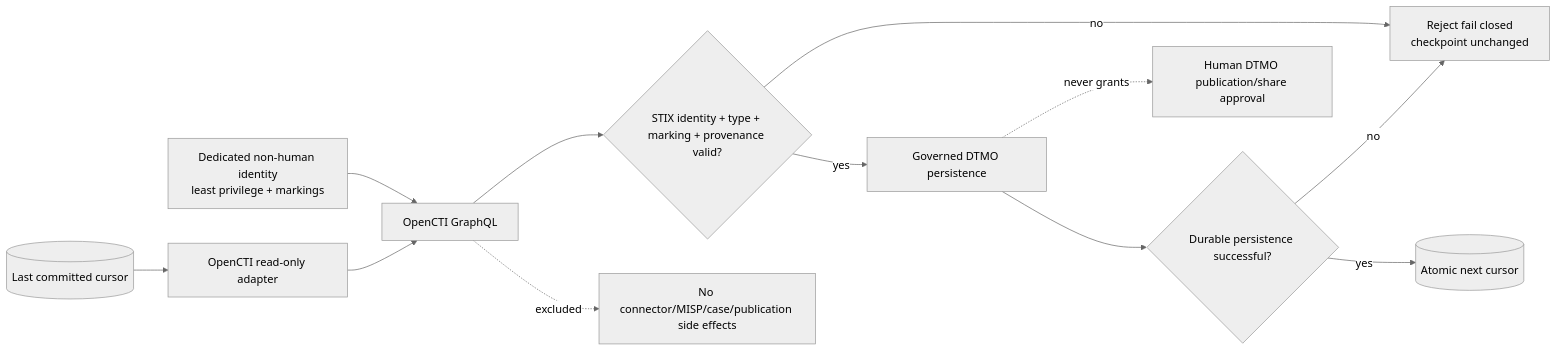
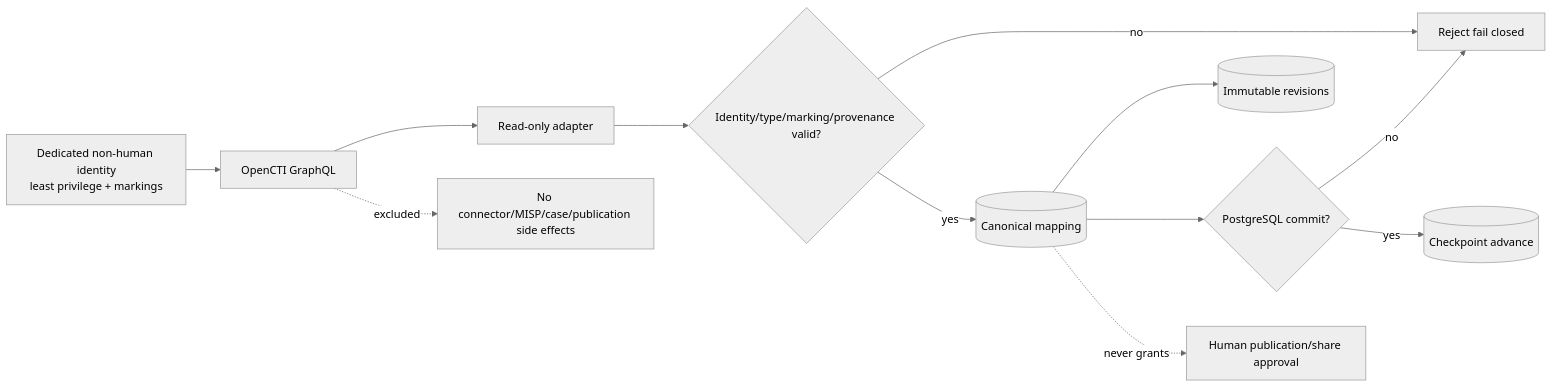
One commit to GJvManen/dtmo changed the diagram in docs/README.md. Above: the diagram before and after it, drawn with Mermaid (neutral theme). The commit also changed other lines of this file, not shown here.

Commit message:
Phase 11.4: update documentation portal for persistence slice

````diff
--- a/docs/README.md
+++ b/docs/README.md
@@ -57,14 +56,14 @@
 ```mermaid
 flowchart LR
-    C[(Last committed cursor)] --> A[OpenCTI read-only adapter]
-    I[Dedicated non-human identity\nleast privilege + markings] --> O[OpenCTI GraphQL]
-    A --> O
-    O --> V{STIX identity + type + marking + provenance valid?}
-    V -->|no| X[Reject fail closed\ncheckpoint unchanged]
-    V -->|yes| P[Governed DTMO persistence]
-    P --> K{Durable persistence successful?}
-    K -->|no| X
-    K -->|yes| N[(Atomic next cursor)]
-    P -. never grants .-> S[Human DTMO publication/share approval]
+    O[OpenCTI GraphQL] --> A[Read-only adapter]
+    I[Dedicated non-human identity\nleast privilege + markings] --> O
+    A --> V{Identity/type/marking/provenance valid?}
+    V -->|no| X[Reject fail closed]
+    V -->|yes| M[(Canonical mapping)]
+    M --> R[(Immutable revisions)]
+    M --> D{PostgreSQL commit?}
+    D -->|no| X
+    D -->|yes| C[(Checkpoint advance)]
+    M -. never grants .-> S[Human publication/share approval]
     O -. excluded .-> E[No connector/MISP/case/publication side effects]
 ```
````
